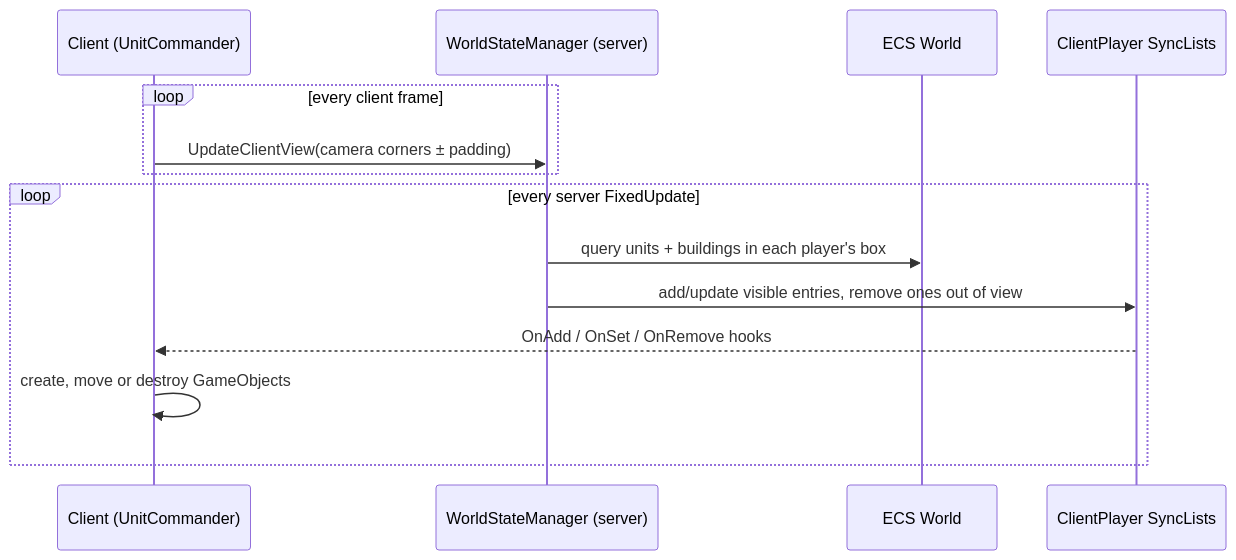
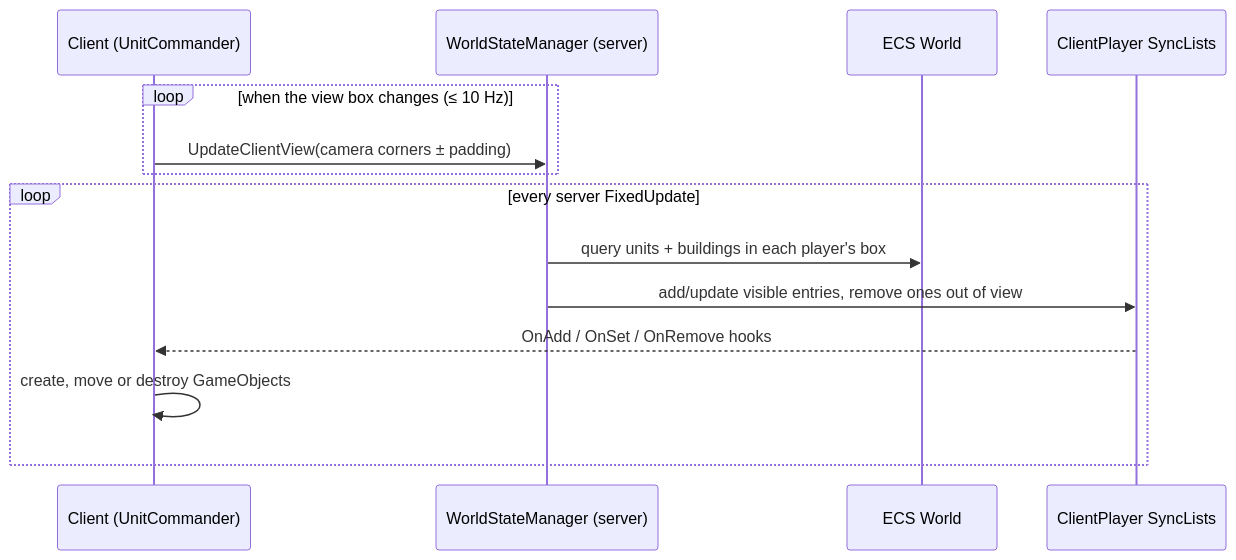
One commit to CoolCoder353/WAR-2D changed the second of 4 diagrams in docs/architecture.md. Above: the diagram before and after it, drawn with Mermaid. The commit also changed other lines of this file and 4 other files, not shown here.

````diff
--- a/docs/architecture.md
+++ b/docs/architecture.md
@@ -156,16 +185,16 @@
 ```mermaid
 sequenceDiagram
     participant C as Client (UnitCommander)
     participant W as WorldStateManager (server)
     participant E as ECS World
     participant P as ClientPlayer SyncLists
-    loop every client frame
+    loop when the view box changes (≤ 10 Hz)
         C->>W: UpdateClientView(camera corners ± padding)
     end
     loop every server FixedUpdate
         W->>E: query units + buildings in each player's box
         W->>P: add/update visible entries, remove ones out of view
         P-->>C: OnAdd / OnSet / OnRemove hooks
         C->>C: create, move or destroy GameObjects
     end
 ```
````
